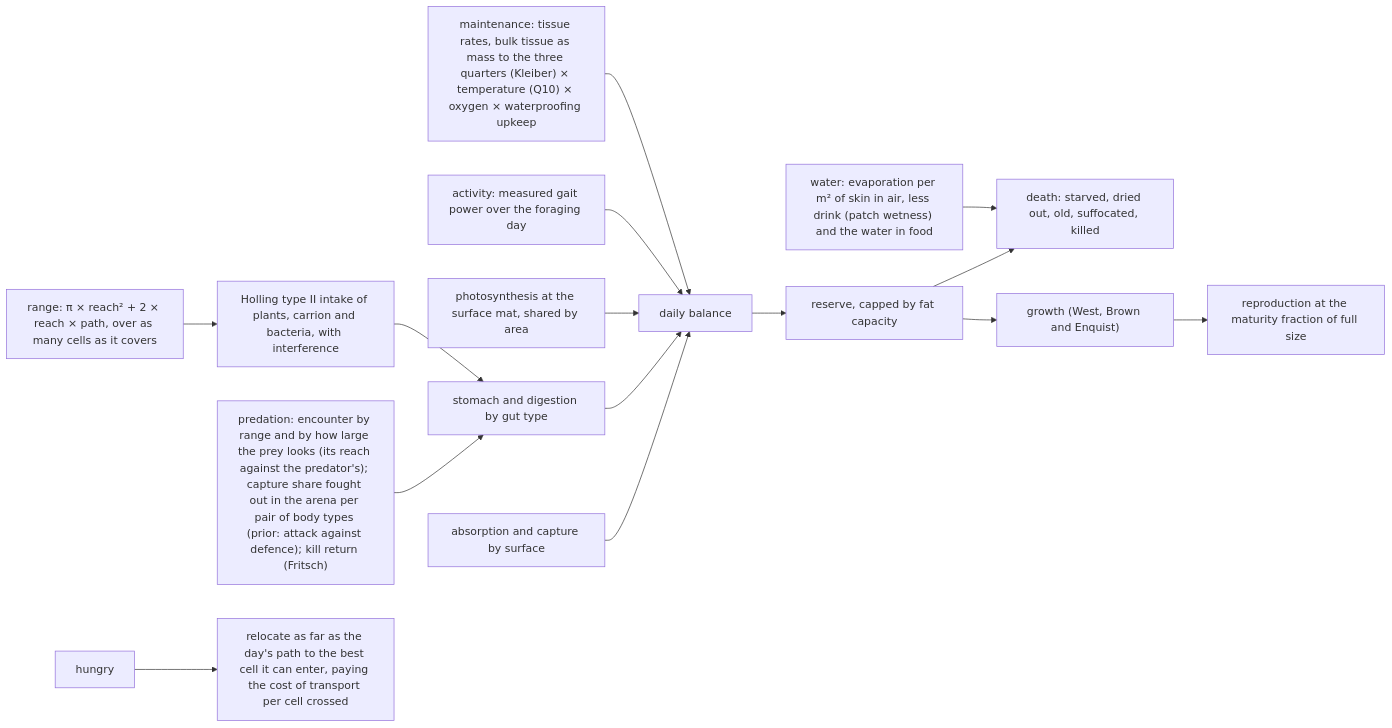
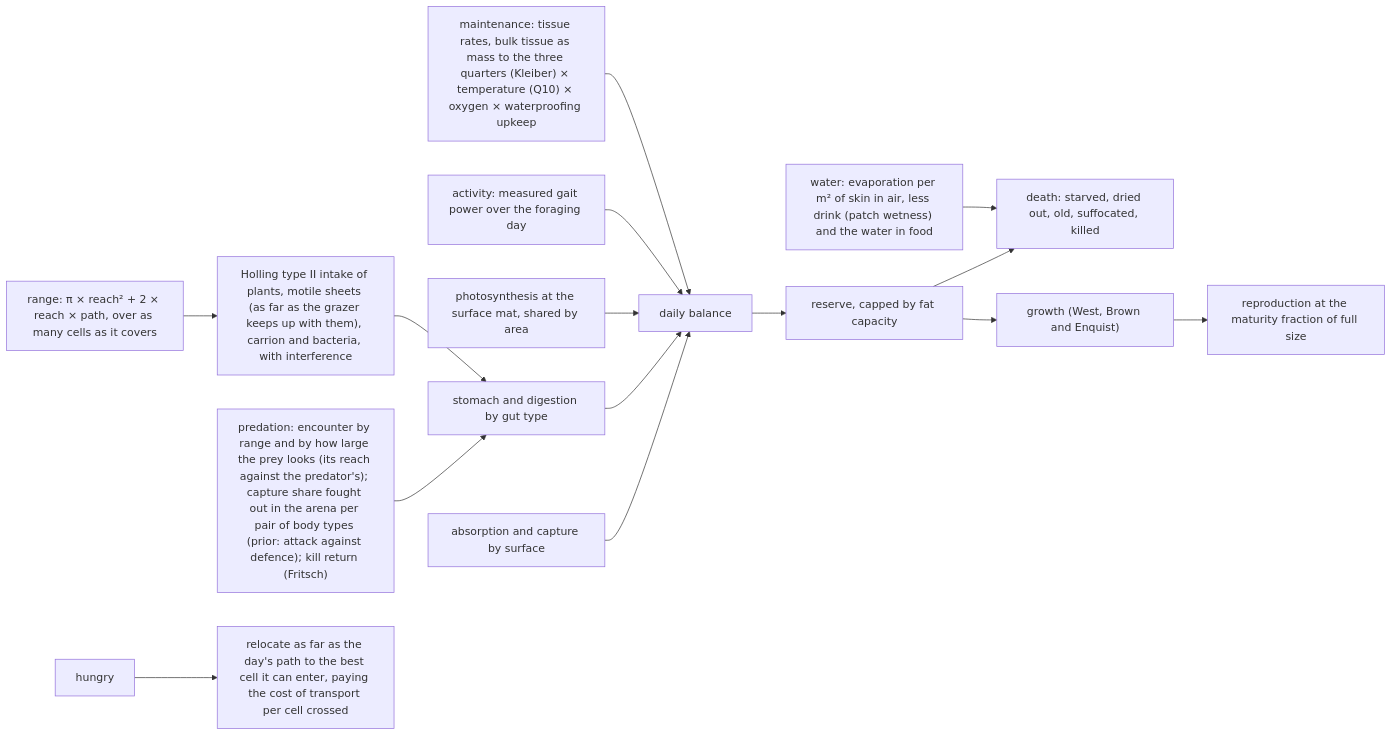
One commit to Tubbles/evo-planet changed the fourth of 5 diagrams in docs/SPEC.md. Above: the diagram before and after it, drawn with Mermaid. The commit also changed other lines of this file and 1 other file, not shown here.

Commit message:
Spec and notes: sheets as grazing targets
Claude-Session: https://claude.ai/code/session_01GLWuSyDJjWnuLtzNqxeWCD

````diff
--- a/docs/SPEC.md
+++ b/docs/SPEC.md
@@ -425,17 +425,17 @@
 ```mermaid
 flowchart LR
   MB["maintenance: tissue rates, bulk tissue as mass to the three quarters (Kleiber) × temperature (Q10) × oxygen × waterproofing upkeep"] --> DL[daily balance]
   AC["activity: measured gait power over the foraging day"] --> DL
   WB["water: evaporation per m² of skin in air, less drink (patch wetness) and the water in food"] --> DT
   PH["photosynthesis at the surface mat, shared by area"] --> DL
-  RG["range: π × reach² + 2 × reach × path, over as many cells as it covers"] --> FR["Holling type II intake of plants, carrion and bacteria, with interference"]
+  RG["range: π × reach² + 2 × reach × path, over as many cells as it covers"] --> FR["Holling type II intake of plants, motile sheets (as far as the grazer keeps up with them), carrion and bacteria, with interference"]
   FR --> GT["stomach and digestion by gut type"]
   GT --> DL
   OS["absorption and capture by surface"] --> DL
   PR["predation: encounter by range and by how large the prey looks (its reach against the predator's); capture share fought out in the arena per pair of body types (prior: attack against defence); kill return (Fritsch)"] --> GT
   DL --> RV["reserve, capped by fat capacity"]
   RV --> GW["growth (West, Brown and Enquist)"]
   GW --> RP["reproduction at the maturity fraction of full size"]
   RV --> DT["death: starved, dried out, old, suffocated, killed"]
   HG[hungry] --> MV["relocate as far as the day's path to the best cell it can enter, paying the cost of transport per cell crossed"]
 ```
````
